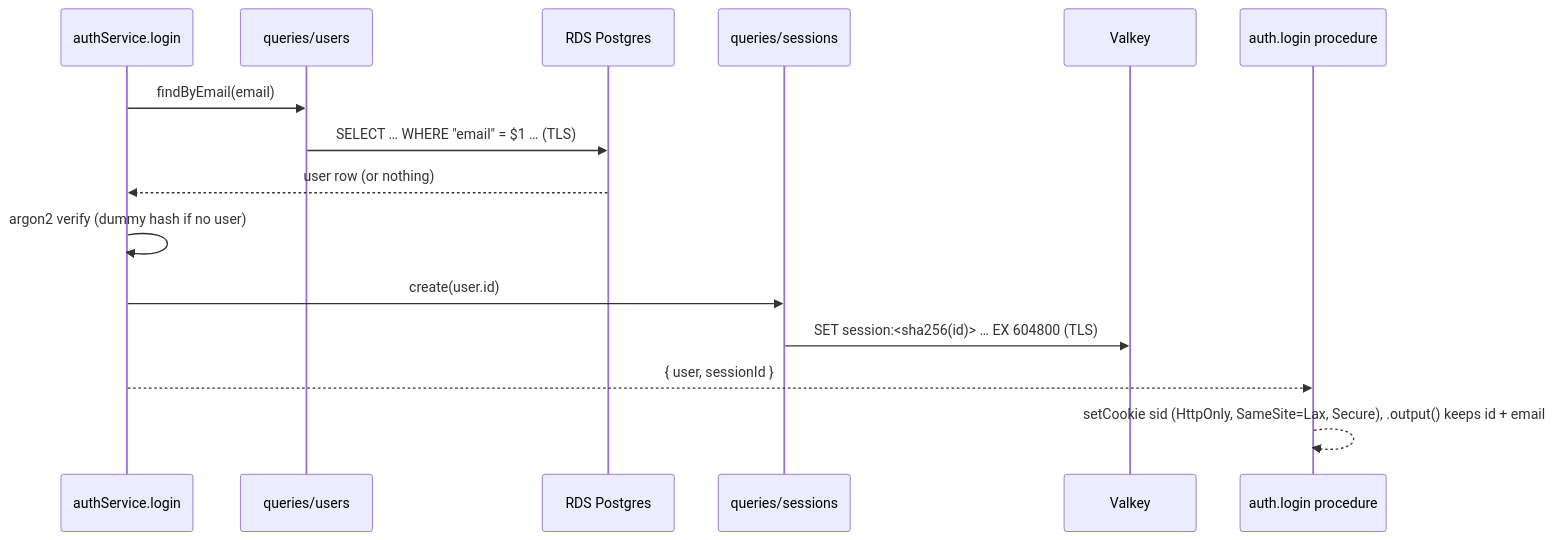
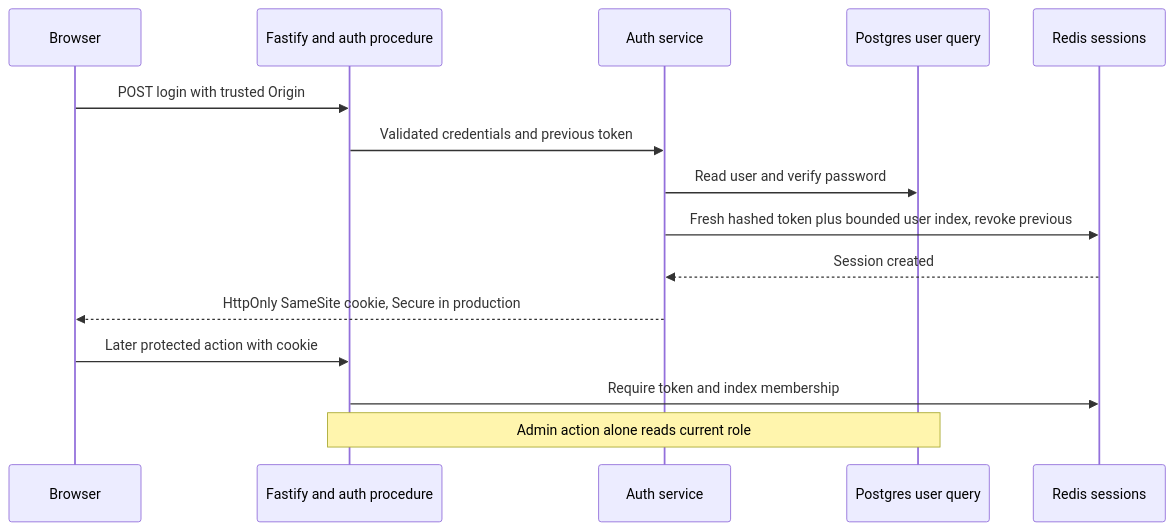
One commit to maheshnd/minitickets changed the third of 3 diagrams in docs/handbook/00-big-picture.md. Above: the diagram before and after it, drawn with Mermaid. The commit also changed other lines of this file and 182 other files, not shown here.

````diff
--- a/docs/handbook/00-big-picture.md
+++ b/docs/handbook/00-big-picture.md
@@ -157,17 +61,17 @@
 ```mermaid
 sequenceDiagram
-    participant S as authService.login
-    participant U as queries/users
-    participant PG as RDS Postgres
-    participant SE as queries/sessions
-    participant V as Valkey
-    participant P as auth.login procedure
-    S->>U: findByEmail(email)
-    U->>PG: SELECT … WHERE "email" = $1 … (TLS)
-    PG-->>S: user row (or nothing)
-    S->>S: argon2 verify (dummy hash if no user)
-    S->>SE: create(user.id)
-    SE->>V: SET session:<sha256(id)> … EX 604800 (TLS)
-    S-->>P: { user, sessionId }
-    P-->>P: setCookie sid (HttpOnly, SameSite=Lax, Secure), .output() keeps id + email
+    participant B as Browser
+    participant A as Fastify and auth procedure
+    participant S as Auth service
+    participant P as Postgres user query
+    participant R as Redis sessions
+    B->>A: POST login with trusted Origin
+    A->>S: Validated credentials and previous token
+    S->>P: Read user and verify password
+    S->>R: Fresh hashed token plus bounded user index, revoke previous
+    R-->>S: Session created
+    S-->>B: HttpOnly SameSite cookie, Secure in production
+    B->>A: Later protected action with cookie
+    A->>R: Require token and index membership
+    Note over A,P: Admin action alone reads current role
 ```
````
